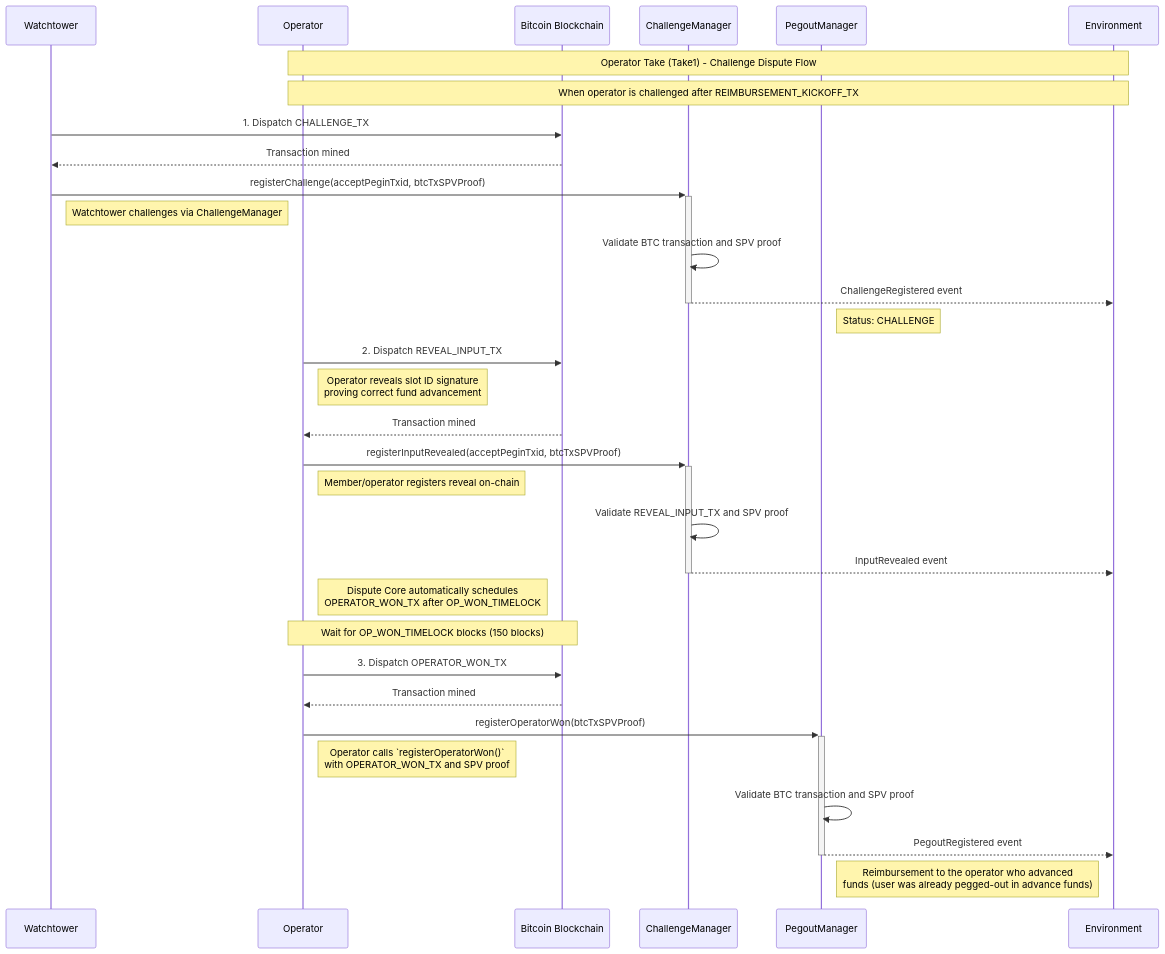
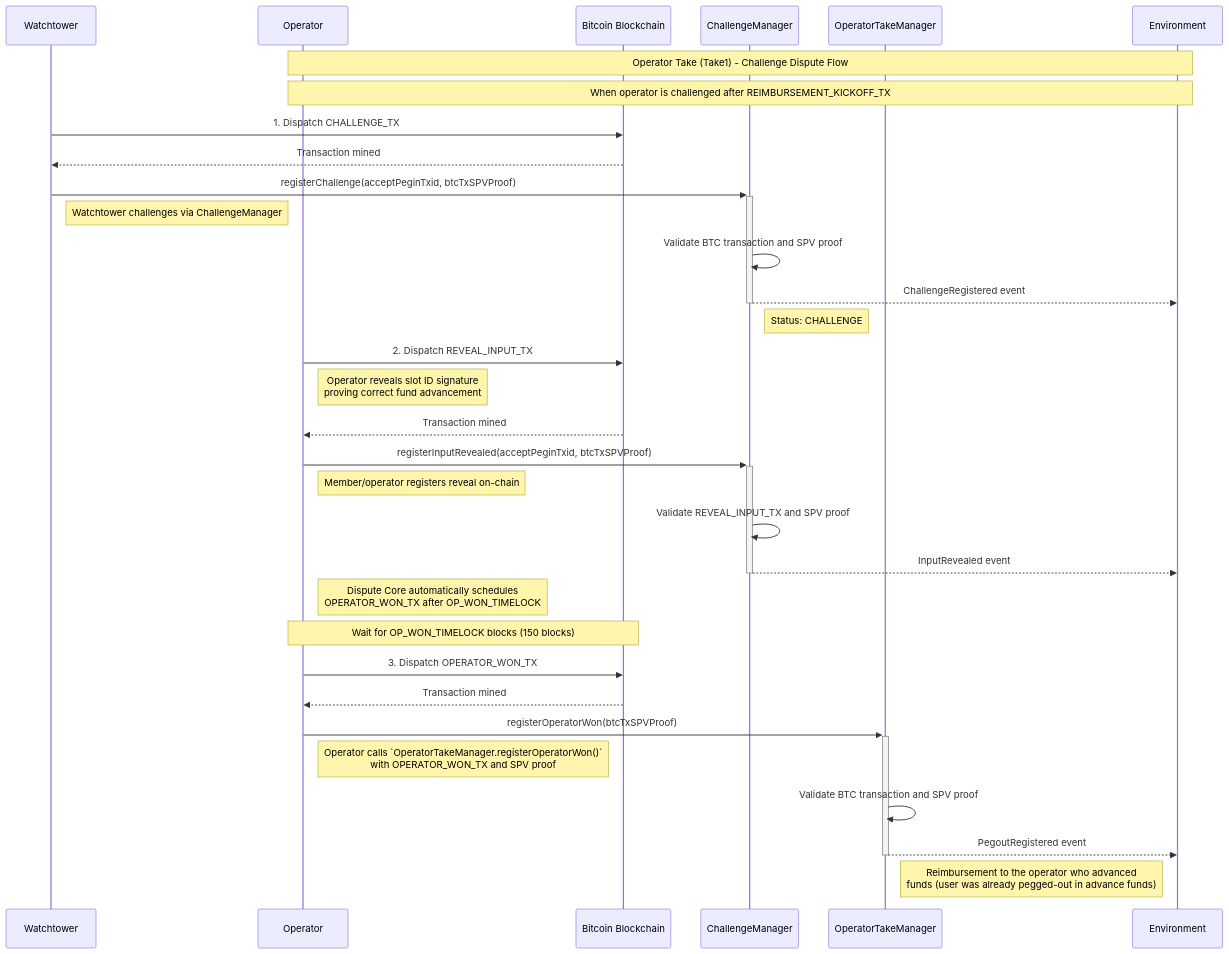
Before and after one commit to rsksmart/union-bridge-contracts: diagram 13 of 14 in README.md, drawn with Mermaid. The commit also changed other lines of this file and 42 other files, not shown here.

First line of the commit message:
Splice OperatorTakeManager out of PegoutManager (#404)

````diff
--- a/README.md
+++ b/README.md
@@ -1073,39 +1074,39 @@
 ```mermaid
 sequenceDiagram
     participant WT as Watchtower
     participant Op as Operator
     participant BTC as Bitcoin Blockchain
     participant CM as ChallengeManager
-    participant POM as PegoutManager
+    participant OTM as OperatorTakeManager
     participant ENV as Environment
 
     Note over Op,ENV: Operator Take (Take1) - Challenge Dispute Flow
     Note over Op,ENV: When operator is challenged after REIMBURSEMENT_KICKOFF_TX
 
     WT->>BTC: 1. Dispatch CHALLENGE_TX
     BTC-->>WT: Transaction mined
     WT->>+CM: registerChallenge(acceptPeginTxid, btcTxSPVProof)
     Note right of WT: Watchtower challenges via ChallengeManager
     CM->>CM: Validate BTC transaction and SPV proof
     CM-->>-ENV: ChallengeRegistered event
-    Note right of POM: Status: CHALLENGE
+    Note right of CM: Status: CHALLENGE
 
     Op->>BTC: 2. Dispatch REVEAL_INPUT_TX
     Note right of Op: Operator reveals slot ID signature<br/>proving correct fund advancement
     BTC-->>Op: Transaction mined
     Op->>+CM: registerInputRevealed(acceptPeginTxid, btcTxSPVProof)
     Note right of Op: Member/operator registers reveal on-chain
     CM->>CM: Validate REVEAL_INPUT_TX and SPV proof
     CM-->>-ENV: InputRevealed event
     Note right of Op: Dispute Core automatically schedules<br/>OPERATOR_WON_TX after OP_WON_TIMELOCK
 
     Note over Op,BTC: Wait for OP_WON_TIMELOCK blocks (150 blocks)
 
     Op->>BTC: 3. Dispatch OPERATOR_WON_TX
     BTC-->>Op: Transaction mined
-    Op->>+POM: registerOperatorWon(btcTxSPVProof)
-    Note right of Op: Operator calls `registerOperatorWon()`<br/>with OPERATOR_WON_TX and SPV proof
-    POM->>POM: Validate BTC transaction and SPV proof
-    POM-->>-ENV: PegoutRegistered event
-    Note right of POM: Reimbursement to the operator who advanced<br/>funds (user was already pegged-out in advance funds)
+    Op->>+OTM: registerOperatorWon(btcTxSPVProof)
+    Note right of Op: Operator calls `OperatorTakeManager.registerOperatorWon()`<br/>with OPERATOR_WON_TX and SPV proof
+    OTM->>OTM: Validate BTC transaction and SPV proof
+    OTM-->>-ENV: PegoutRegistered event
+    Note right of OTM: Reimbursement to the operator who advanced<br/>funds (user was already pegged-out in advance funds)
 ```
````
